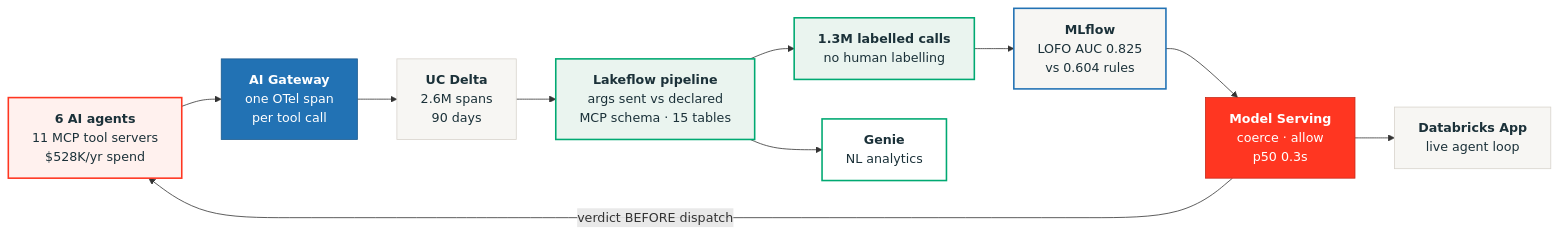
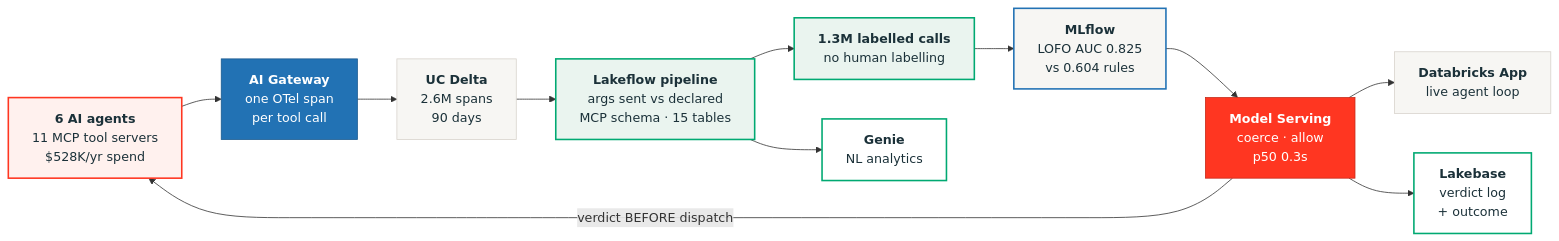
Before and after one commit to 29sonakshi/stop-agent-waste: the first of 2 diagrams in docs/architecture.md, drawn with Mermaid. The commit also changed 14 other files, not shown here.

First line of the commit message:
Add the Lakebase verdict log

````diff
--- a/docs/architecture.md
+++ b/docs/architecture.md
@@ -13,25 +13,27 @@
 ```mermaid
 flowchart LR
   classDef agents fill:#FFF1EE,stroke:#FF3621,stroke-width:2px,color:#1B3139
   classDef gw     fill:#2272B4,stroke:#1A5A8F,color:#FFFFFF
   classDef lake   fill:#F7F6F3,stroke:#D8D3CC,color:#1B3139
   classDef pipe   fill:#EAF4EF,stroke:#00A972,stroke-width:2px,color:#1B3139
   classDef ml     fill:#F7F6F3,stroke:#2272B4,stroke-width:2px,color:#1B3139
   classDef serve  fill:#FF3621,stroke:#C72A19,color:#FFFFFF
   classDef pg     fill:#FFFFFF,stroke:#00A972,stroke-width:2px,color:#1B3139
 
   A["<b>6 AI agents</b><br/>11 MCP tool servers<br/>$528K/yr spend"]:::agents
   G["<b>AI Gateway</b><br/>one OTel span<br/>per tool call"]:::gw
   D["<b>UC Delta</b><br/>2.6M spans<br/>90 days"]:::lake
   P["<b>Lakeflow pipeline</b><br/>args sent vs declared<br/>MCP schema · 15 tables"]:::pipe
   L["<b>1.3M labelled calls</b><br/>no human labelling"]:::pipe
   T["<b>MLflow</b><br/>LOFO AUC 0.825<br/>vs 0.604 rules"]:::ml
   S["<b>Model Serving</b><br/>coerce · allow<br/>p50 0.3s"]:::serve
+  B["<b>Lakebase</b><br/>verdict log<br/>+ outcome"]:::pg
   N["<b>Genie</b><br/>NL analytics"]:::pg
   W["<b>Databricks App</b><br/>live agent loop"]:::lake
 
   A --> G --> D --> P --> L --> T --> S
   S -->|"verdict BEFORE dispatch"| A
   P --> N
   S --> W
+  S --> B
 ```
````
